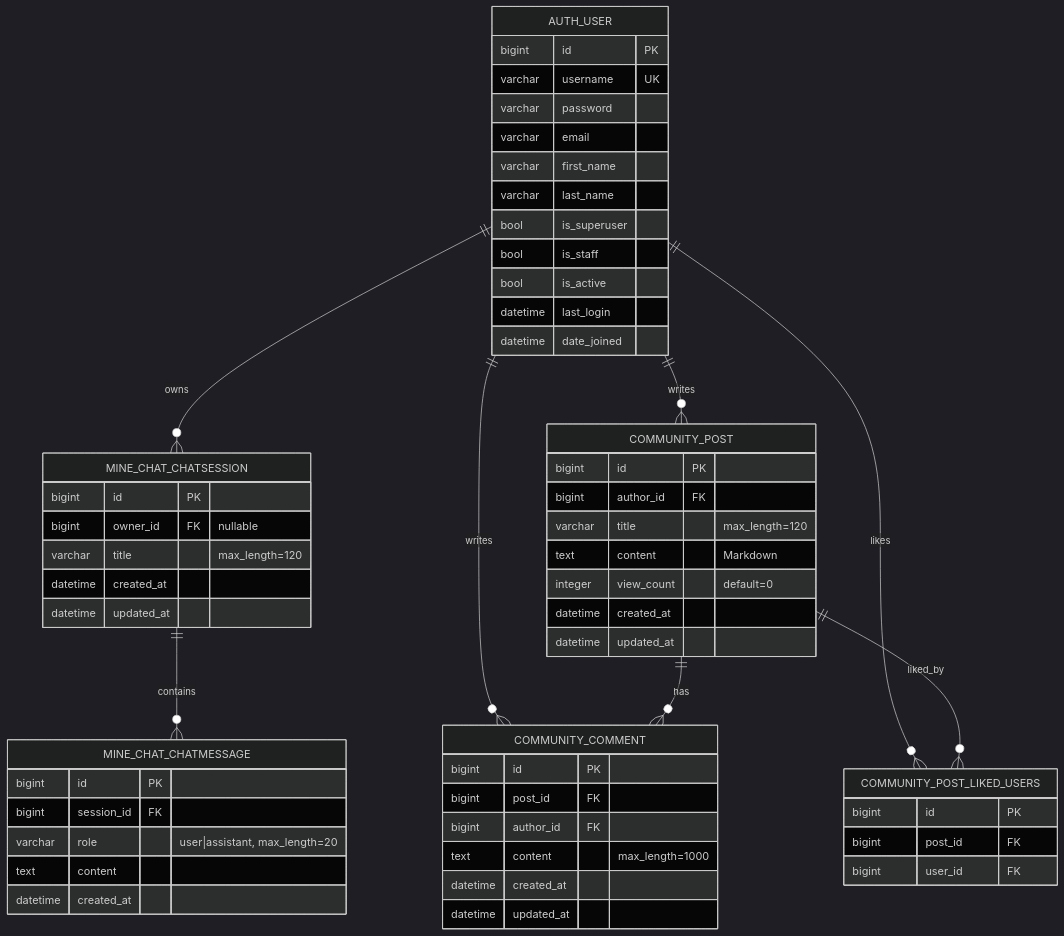
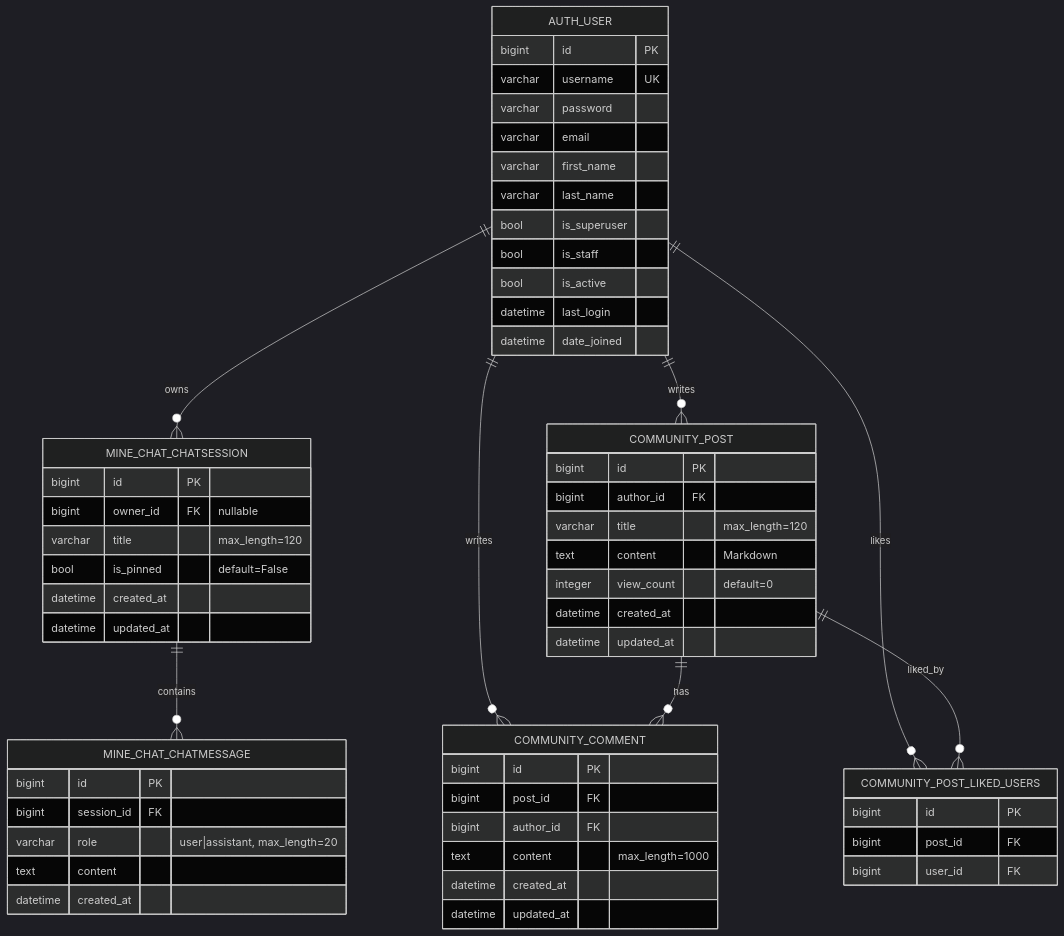
The diagram in docs/ERD.md (doyeon789/mine-tuning-web), drawn with Mermaid (dark theme) before and after one commit. The commit also changed other lines of this file, not shown here.

Commit message:
docs: erd 채팅 고정 문서 수정

````diff
--- a/docs/ERD.md
+++ b/docs/ERD.md
@@ -14,67 +14,68 @@
 ```mermaid
 erDiagram
     AUTH_USER ||--o{ MINE_CHAT_CHATSESSION : owns
     MINE_CHAT_CHATSESSION ||--o{ MINE_CHAT_CHATMESSAGE : contains
 
     AUTH_USER ||--o{ COMMUNITY_POST : writes
     AUTH_USER ||--o{ COMMUNITY_COMMENT : writes
     COMMUNITY_POST ||--o{ COMMUNITY_COMMENT : has
 
     AUTH_USER ||--o{ COMMUNITY_POST_LIKED_USERS : likes
     COMMUNITY_POST ||--o{ COMMUNITY_POST_LIKED_USERS : liked_by
 
     AUTH_USER {
         bigint id PK
         varchar username UK
         varchar password
         varchar email
         varchar first_name
         varchar last_name
         bool is_superuser
         bool is_staff
         bool is_active
         datetime last_login
         datetime date_joined
     }
 
     MINE_CHAT_CHATSESSION {
         bigint id PK
         bigint owner_id FK "nullable"
         varchar title "max_length=120"
+        bool is_pinned "default=False"
         datetime created_at
         datetime updated_at
     }
 
     MINE_CHAT_CHATMESSAGE {
         bigint id PK
         bigint session_id FK
         varchar role "user|assistant, max_length=20"
         text content
         datetime created_at
     }
 
     COMMUNITY_POST {
         bigint id PK
         bigint author_id FK
         varchar title "max_length=120"
         text content "Markdown"
         integer view_count "default=0"
         datetime created_at
         datetime updated_at
     }
 
     COMMUNITY_COMMENT {
         bigint id PK
         bigint post_id FK
         bigint author_id FK
         text content "max_length=1000"
         datetime created_at
         datetime updated_at
     }
 
     COMMUNITY_POST_LIKED_USERS {
         bigint id PK
         bigint post_id FK
         bigint user_id FK
     }
 ```
````
